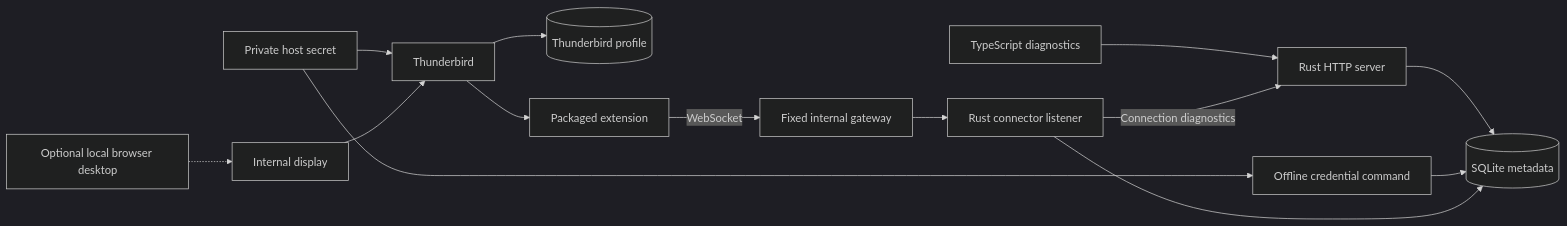
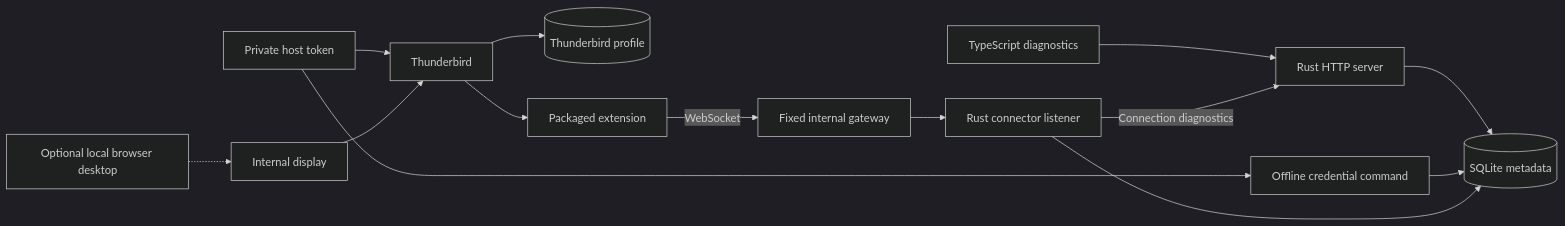
One commit to woswos/raicho changed the diagram in docs/reference/architecture.md. Above: the diagram before and after it, drawn with Mermaid (dark theme). The commit also changed other lines of this file and 14 other files, not shown here.

````diff
--- a/docs/reference/architecture.md
+++ b/docs/reference/architecture.md
@@ -68,16 +68,16 @@
 ```mermaid
 flowchart LR
     Browser[TypeScript diagnostics] --> Server[Rust HTTP server]
     Server --> State[(SQLite metadata)]
     Provisioner[Offline credential command] --> State
-    Secret[Private host secret] --> Provisioner
-    Secret --> Thunderbird
+    Token[Private host token] --> Provisioner
+    Token --> Thunderbird
     Admin[Optional local browser desktop] -.-> Display[Internal display]
     Display --> Thunderbird[Thunderbird]
     Thunderbird --> Profile[(Thunderbird profile)]
     Thunderbird --> Extension[Packaged extension]
     Extension -->|WebSocket| Gateway[Fixed internal gateway]
     Gateway --> Listener[Rust connector listener]
     Listener --> State
     Listener -->|Connection diagnostics| Server
 ```
````
